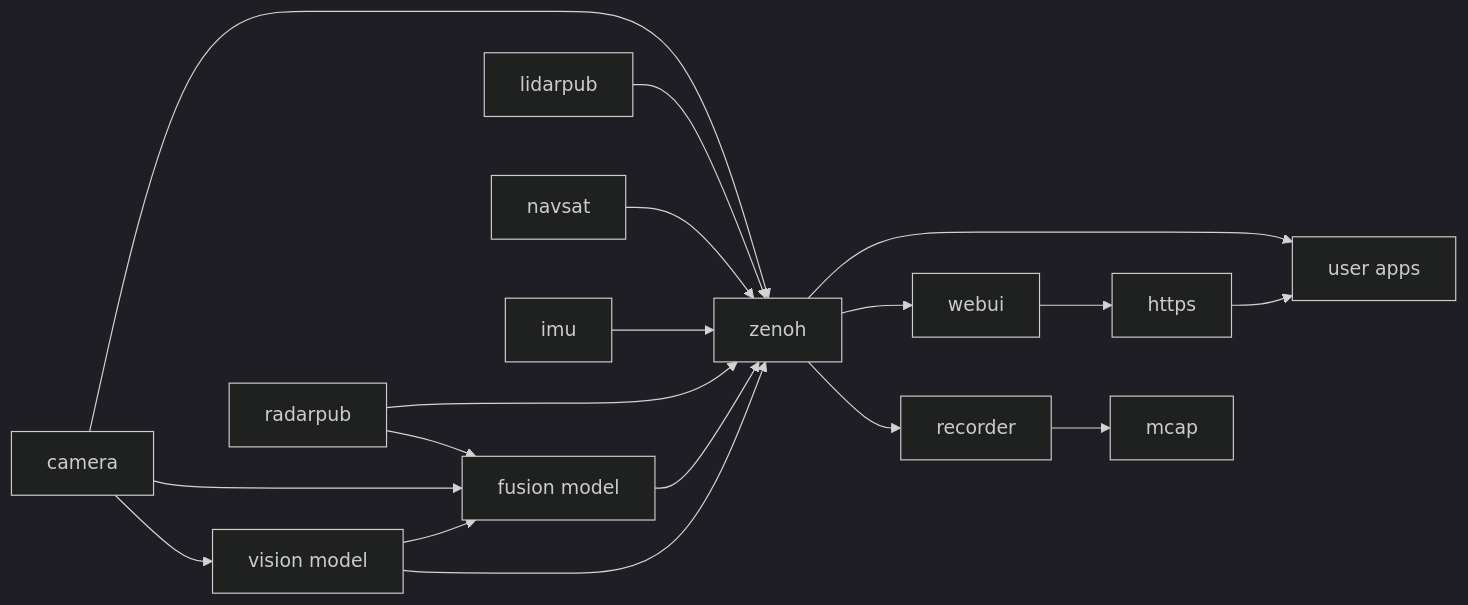
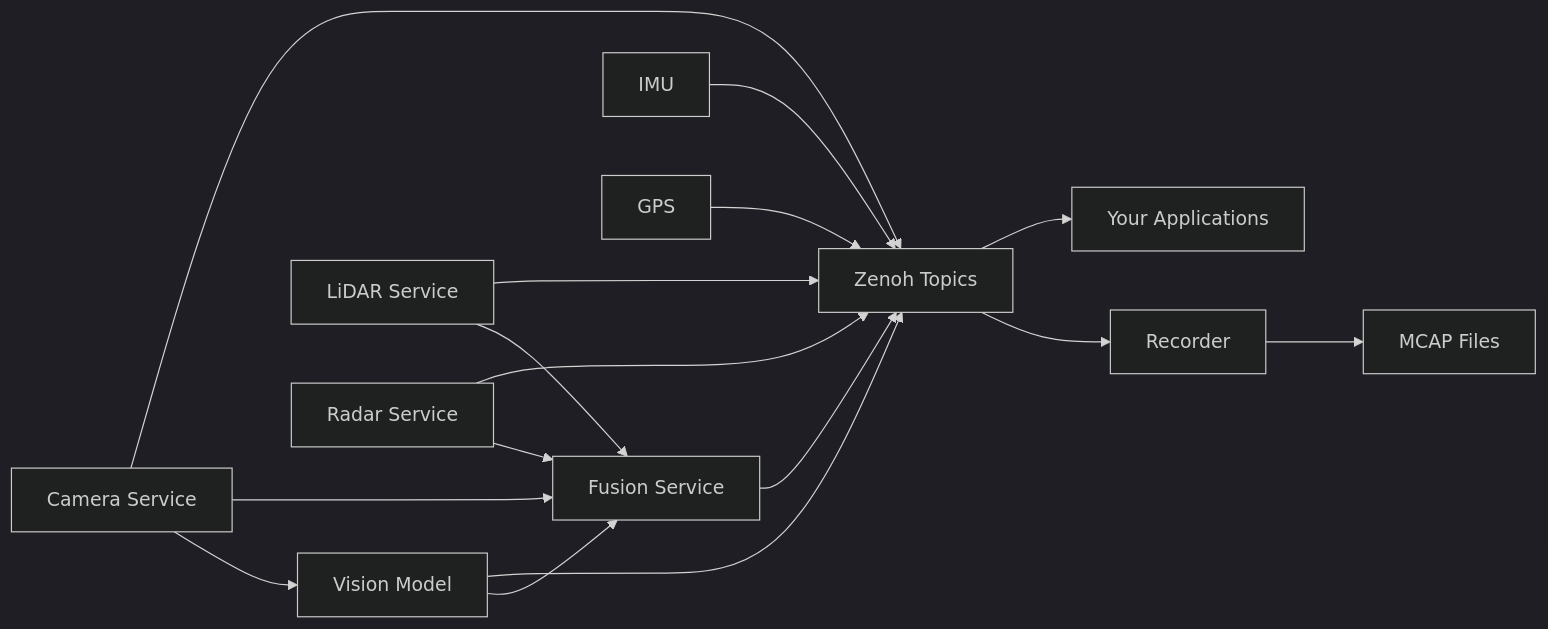
The diagram in README.md (EdgeFirstAI/samples), drawn with Mermaid (dark theme) before and after one commit. The commit also changed other lines of this file and 2 other files, not shown here.

````diff
--- a/README.md
+++ b/README.md
@@ -40,16 +66,17 @@
 ```mermaid
 graph LR
-    camera --> model["vision model"] --> zenoh    
-    radarpub --> fusion["fusion model"] --> zenoh
-    lidarpub --> zenoh
-    camera --> fusion
-    radarpub --> zenoh
-    camera --> zenoh    
+    camera[Camera Service] --> model[Vision Model]
+    camera --> fusion[Fusion Service]
+    lidar[LiDAR Service] --> fusion
+    radar[Radar Service] --> fusion
     model --> fusion
-    navsat --> zenoh
-    imu --> zenoh
-    zenoh --> recorder --> mcap
-    zenoh --> webui --> https
-    zenoh --> user["user apps"]
-    https --> user
+    imu[IMU] --> zenoh[Zenoh Topics]
+    gps[GPS] --> zenoh
+    camera --> zenoh
+    model --> zenoh
+    fusion --> zenoh
+    lidar --> zenoh
+    radar --> zenoh
+    zenoh --> recorder[Recorder] --> mcap[MCAP Files]
+    zenoh --> apps[Your Applications]
 ```
````
